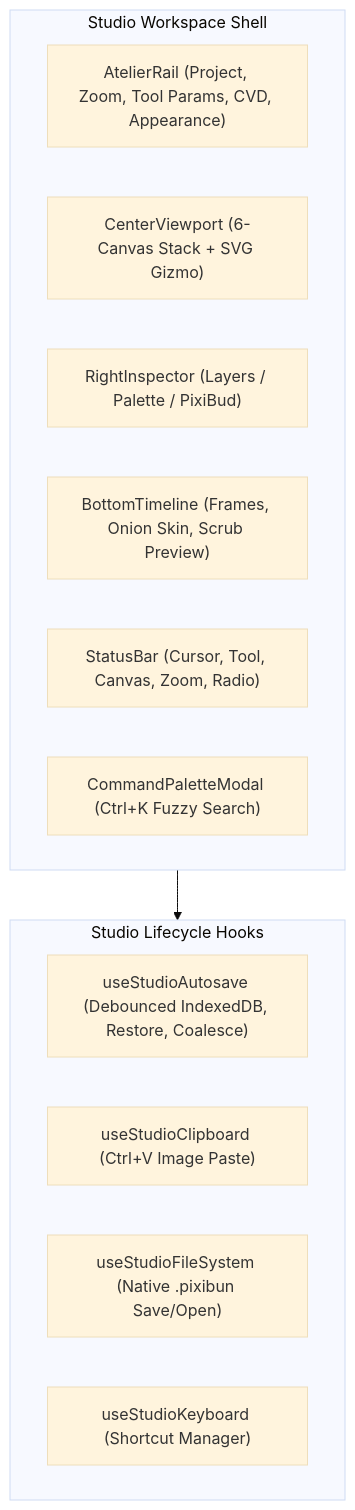
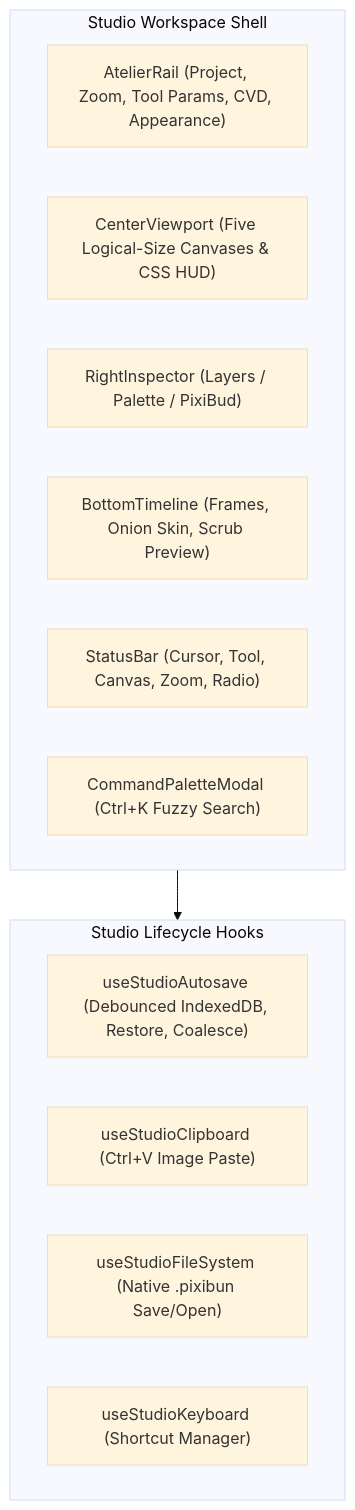
One commit to lxcario/PixiBun changed the seventh of 7 diagrams in ARCHITECTURE.md. Above: the diagram before and after it, drawn with Mermaid (base theme). The commit also changed other lines of this file and 44 other files, not shown here.

````diff
--- a/ARCHITECTURE.md
+++ b/ARCHITECTURE.md
@@ -655,20 +698,20 @@
 ```mermaid
 graph TD
     subgraph Shell ["Studio Workspace Shell"]
         Rail["AtelierRail (Project, Zoom, Tool Params, CVD, Appearance)"]
-        Viewport["CenterViewport (6-Canvas Stack + SVG Gizmo)"]
+        Viewport["CenterViewport (Five Logical-Size Canvases & CSS HUD)"]
         Inspector["RightInspector (Layers / Palette / PixiBud)"]
         Timeline["BottomTimeline (Frames, Onion Skin, Scrub Preview)"]
         Status["StatusBar (Cursor, Tool, Canvas, Zoom, Radio)"]
         CmdPalette["CommandPaletteModal (Ctrl+K Fuzzy Search)"]
     end
 
     subgraph Hooks ["Studio Lifecycle Hooks"]
         Autosave["useStudioAutosave (Debounced IndexedDB, Restore, Coalesce)"]
         Clipboard["useStudioClipboard (Ctrl+V Image Paste)"]
         FileSystem["useStudioFileSystem (Native .pixibun Save/Open)"]
         Keyboard["useStudioKeyboard (Shortcut Manager)"]
     end
 
     Shell --> Hooks
 ```
````
